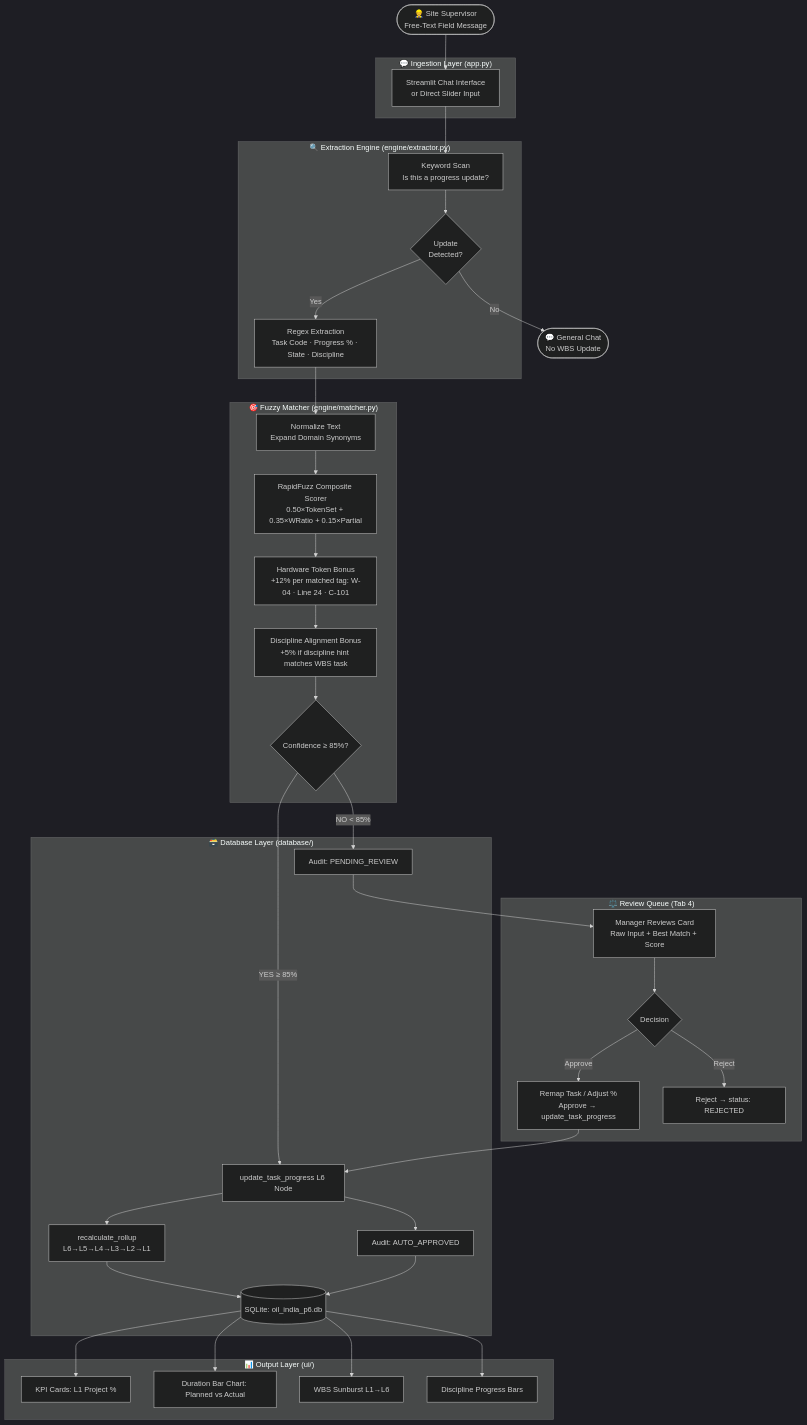
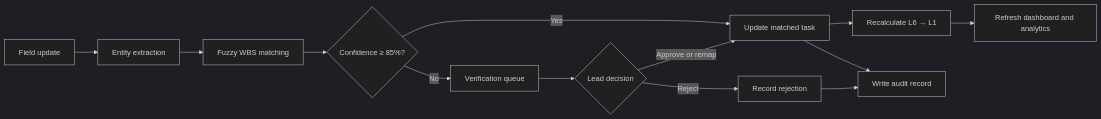
The diagram in README.md (ZigzagDeck/ProjectPulse), drawn with Mermaid (dark theme) before and after one commit. The commit also changed other lines of this file and 6 other files, not shown here.

````diff
--- a/README.md
+++ b/README.md
@@ -69,69 +62,15 @@
 ```mermaid
-flowchart TD
-    A([👷 Site Supervisor\nFree-Text Field Message]) --> B
-
-    subgraph INGESTION ["💬 Ingestion Layer (app.py)"]
-        B[Streamlit Chat Interface\nor Direct Slider Input]
-    end
-
-    subgraph ENGINE ["🔍 Extraction Engine (engine/extractor.py)"]
-        C[Keyword Scan\nIs this a progress update?]
-        D{Update\nDetected?}
-        E[Regex Extraction\nTask Code · Progress % · State · Discipline]
-    end
-
-    subgraph MATCH ["🎯 Fuzzy Matcher (engine/matcher.py)"]
-        F[Normalize Text\nExpand Domain Synonyms]
-        G[RapidFuzz Composite Scorer\n0.50×TokenSet + 0.35×WRatio + 0.15×Partial]
-        H[Hardware Token Bonus\n+12% per matched tag: W-04 · Line 24 · C-101]
-        I[Discipline Alignment Bonus\n+5% if discipline hint matches WBS task]
-        J{Confidence ≥ 85%?}
-    end
-
-    subgraph DB ["🗃️ Database Layer (database/)"]
-        K[(SQLite: oil_india_p6.db)]
-        L[update_task_progress L6 Node]
-        M[recalculate_rollup\nL6→L5→L4→L3→L2→L1]
-        N[Audit: AUTO_APPROVED]
-        O[Audit: PENDING_REVIEW]
-    end
-
-    subgraph REVIEW ["⚖️ Review Queue (Tab 4)"]
-        P[Manager Reviews Card\nRaw Input + Best Match + Score]
-        Q{Decision}
-        R[Remap Task / Adjust %\nApprove → update_task_progress]
-        S[Reject → status: REJECTED]
-    end
-
-    subgraph OUTPUT ["📊 Output Layer (ui/)"]
-        T[KPI Cards: L1 Project %]
-        U[Duration Bar Chart: Planned vs Actual]
-        V[WBS Sunburst L1→L6]
-        W[Discipline Progress Bars]
-    end
-
-    B --> C
-    C --> D
-    D -- No --> X([💬 General Chat\nNo WBS Update])
-    D -- Yes --> E
-    E --> F
-    F --> G
-    G --> H
-    H --> I
-    I --> J
-    J -- YES ≥ 85% --> L
-    J -- NO < 85% --> O
-    O --> P
-    P --> Q
-    Q -- Approve --> R
-    Q -- Reject --> S
-    R --> L
-    L --> M
-    L --> N
-    M --> K
-    N --> K
-    K --> T
-    K --> U
-    K --> V
-    K --> W
+flowchart LR
+    A[Field update] --> B[Entity extraction]
+    B --> C[Fuzzy WBS matching]
+    C --> D{Confidence ≥ 85%?}
+    D -- Yes --> E[Update matched task]
+    D -- No --> F[Verification queue]
+    F --> G{Lead decision}
+    G -- Approve or remap --> E
+    G -- Reject --> H[Record rejection]
+    E --> I[Recalculate L6 → L1]
+    E --> J[Write audit record]
+    H --> J
+    I --> K[Refresh dashboard and analytics]
 ```
````
